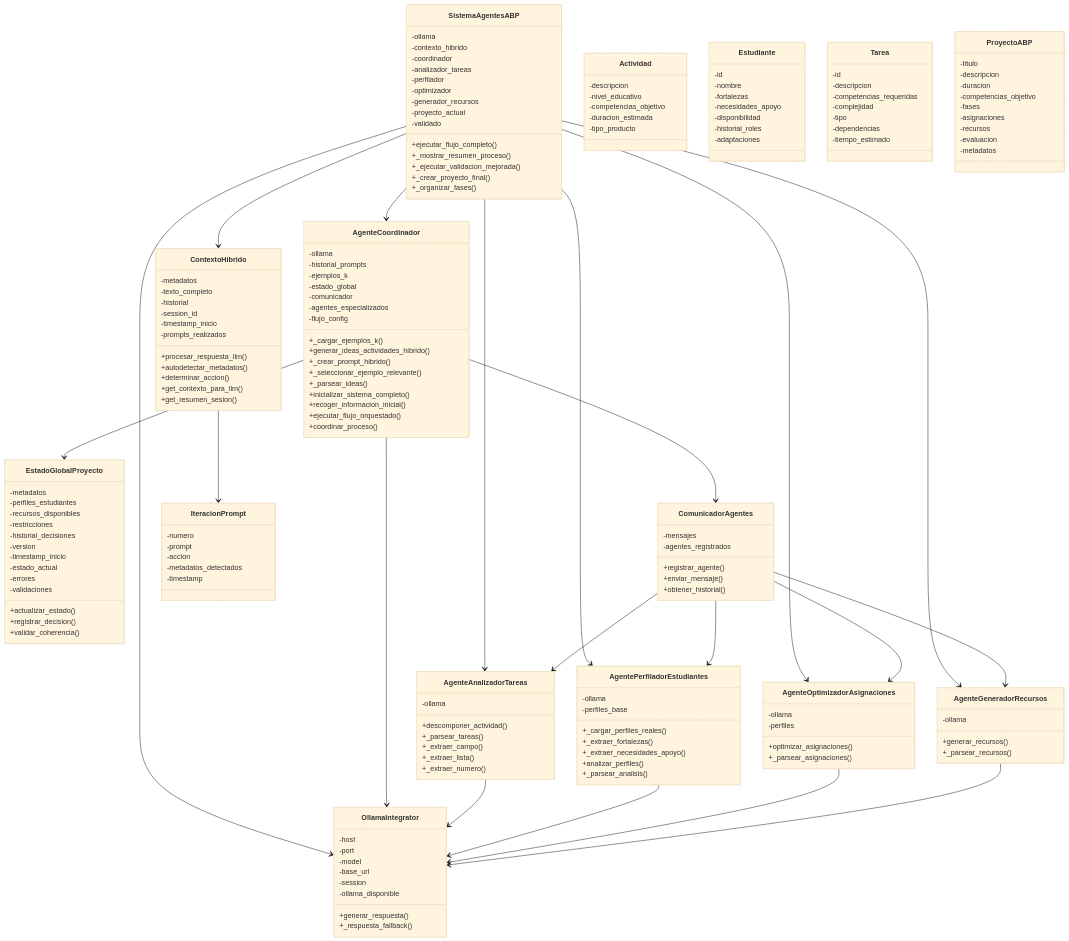
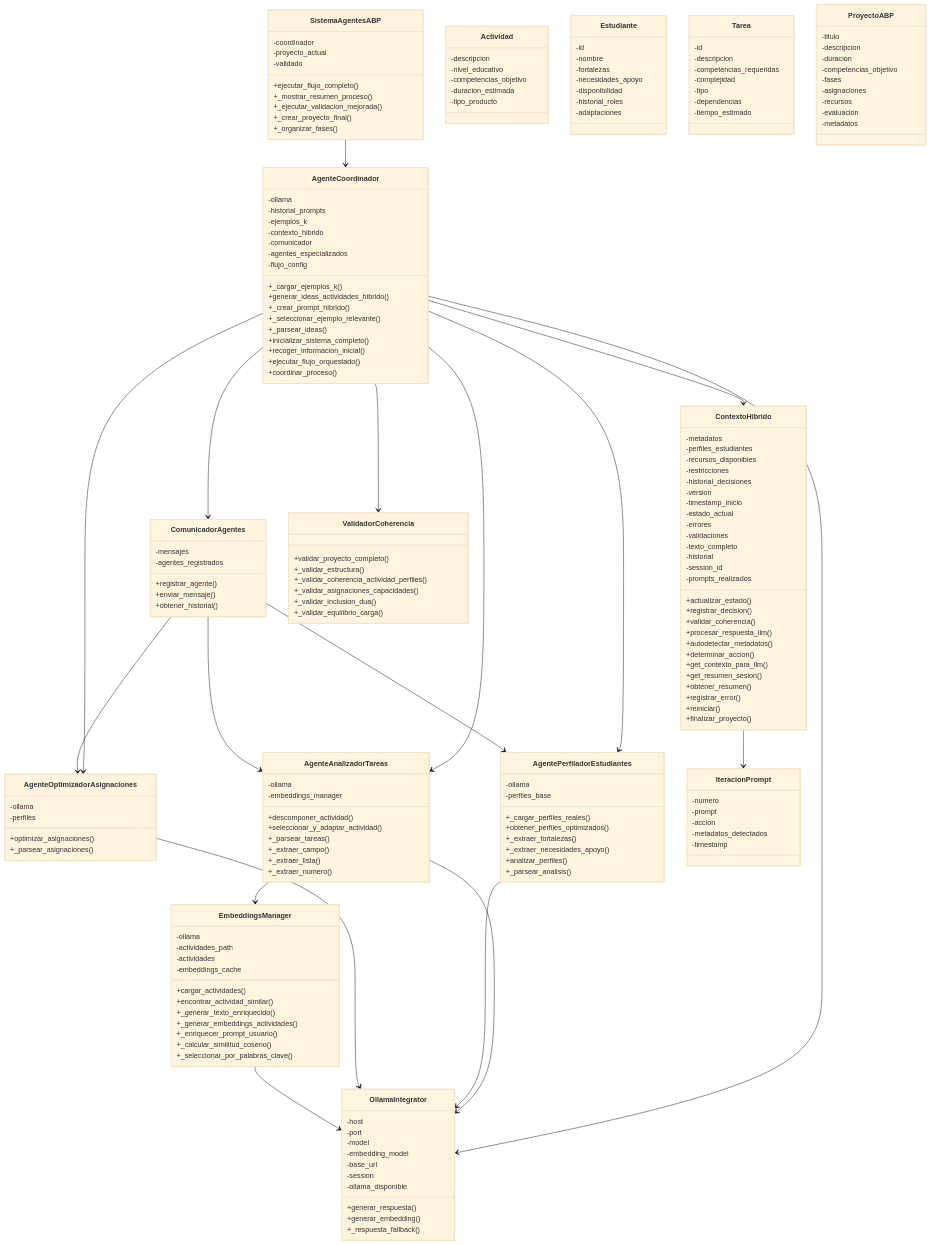
Before and after one commit to KrolinaTF/IA4Edu: the diagram in docs/diseño/diagrama_clases.mermaid, drawn with Mermaid (base theme). The commit also changed 18 other files, not shown here.

Commit message:
se limpian los json que daban problemas. Se incluye que se realicen embeddings y se resuelve que contexto_hibrido y estado_global compartían funciones. Se ha eliminado estado_global y migrado todo a contexto_hibrido

```diff
--- a/docs/diseño/diagrama_clases.mermaid
+++ b/docs/diseño/diagrama_clases.mermaid
@@ -1,19 +1,4 @@
 classDiagram
-    class EstadoGlobalProyecto {
-        -metadatos
-        -perfiles_estudiantes
-        -recursos_disponibles
-        -restricciones
-        -historial_decisiones
-        -version
-        -timestamp_inicio
-        -estado_actual
-        -errores
-        -validaciones
-        +actualizar_estado()
-        +registrar_decision()
-        +validar_coherencia()
-    }
     
     class ComunicadorAgentes {
         -mensajes
@@ -25,23 +10,38 @@
     
     class ContextoHibrido {
         -metadatos
+        -perfiles_estudiantes
+        -recursos_disponibles
+        -restricciones
+        -historial_decisiones
+        -version
+        -timestamp_inicio
+        -estado_actual
+        -errores
+        -validaciones
         -texto_completo
         -historial
         -session_id
-        -timestamp_inicio
         -prompts_realizados
+        +actualizar_estado()
+        +registrar_decision()
+        +validar_coherencia()
         +procesar_respuesta_llm()
         +autodetectar_metadatos()
         +determinar_accion()
         +get_contexto_para_llm()
         +get_resumen_sesion()
+        +obtener_resumen()
+        +registrar_error()
+        +reiniciar()
+        +finalizar_proyecto()
     }
     
     class AgenteCoordinador {
         -ollama
         -historial_prompts
         -ejemplos_k
-        -estado_global
+        -contexto_hibrido
         -comunicador
         -agentes_especializados
         -flujo_config
@@ -57,13 +57,7 @@
     }
     
     class SistemaAgentesABP {
-        -ollama
-        -contexto_hibrido
         -coordinador
-        -analizador_tareas
-        -perfilador
-        -optimizador
-        -generador_recursos
         -proyecto_actual
         -validado
         +ejecutar_flujo_completo()
@@ -77,26 +71,45 @@
         -host
         -port
         -model
+        -embedding_model
         -base_url
         -session
         -ollama_disponible
         +generar_respuesta()
+        +generar_embedding()
         +_respuesta_fallback()
     }
     
     class AgenteAnalizadorTareas {
         -ollama
+        -embeddings_manager
         +descomponer_actividad()
+        +seleccionar_y_adaptar_actividad()
         +_parsear_tareas()
         +_extraer_campo()
         +_extraer_lista()
         +_extraer_numero()
+    }
+
+    class EmbeddingsManager {
+        -ollama
+        -actividades_path
+        -actividades
+        -embeddings_cache
+        +cargar_actividades()
+        +encontrar_actividad_similar()
+        +_generar_texto_enriquecido()
+        +_generar_embeddings_actividades()
+        +_enriquecer_prompt_usuario()
+        +_calcular_similitud_coseno()
+        +_seleccionar_por_palabras_clave()
     }
     
     class AgentePerfiladorEstudiantes {
         -ollama
         -perfiles_base
         +_cargar_perfiles_reales()
+        +obtener_perfiles_optimizados()
         +_extraer_fortalezas()
         +_extraer_necesidades_apoyo()
         +analizar_perfiles()
@@ -110,10 +123,13 @@
         +_parsear_asignaciones()
     }
     
-    class AgenteGeneradorRecursos {
-        -ollama
-        +generar_recursos()
-        +_parsear_recursos()
+    class ValidadorCoherencia {
+        +validar_proyecto_completo()
+        +_validar_estructura()
+        +_validar_coherencia_actividad_perfiles()
+        +_validar_asignaciones_capacidades()
+        +_validar_inclusion_dua()
+        +_validar_equilibrio_carga()
     }
     
     class Actividad {
@@ -164,26 +180,25 @@
         -timestamp
     }
     
-    SistemaAgentesABP --> ContextoHibrido
     SistemaAgentesABP --> AgenteCoordinador
-    SistemaAgentesABP --> AgenteAnalizadorTareas
-    SistemaAgentesABP --> AgentePerfiladorEstudiantes
-    SistemaAgentesABP --> AgenteOptimizadorAsignaciones
-    SistemaAgentesABP --> AgenteGeneradorRecursos
-    SistemaAgentesABP --> OllamaIntegrator
     
-    AgenteCoordinador --> EstadoGlobalProyecto
+    AgenteCoordinador --> ContextoHibrido
     AgenteCoordinador --> ComunicadorAgentes
+    AgenteCoordinador --> ValidadorCoherencia
     AgenteCoordinador --> OllamaIntegrator
+    AgenteCoordinador --> AgenteAnalizadorTareas
+    AgenteCoordinador --> AgentePerfiladorEstudiantes
+    AgenteCoordinador --> AgenteOptimizadorAsignaciones
     
     AgenteAnalizadorTareas --> OllamaIntegrator
+    AgenteAnalizadorTareas --> EmbeddingsManager
     AgentePerfiladorEstudiantes --> OllamaIntegrator
     AgenteOptimizadorAsignaciones --> OllamaIntegrator
-    AgenteGeneradorRecursos --> OllamaIntegrator
+    
+    EmbeddingsManager --> OllamaIntegrator
     
     ComunicadorAgentes --> AgenteAnalizadorTareas
     ComunicadorAgentes --> AgentePerfiladorEstudiantes
     ComunicadorAgentes --> AgenteOptimizadorAsignaciones
-    ComunicadorAgentes --> AgenteGeneradorRecursos
     
     ContextoHibrido --> IteracionPrompt
```
